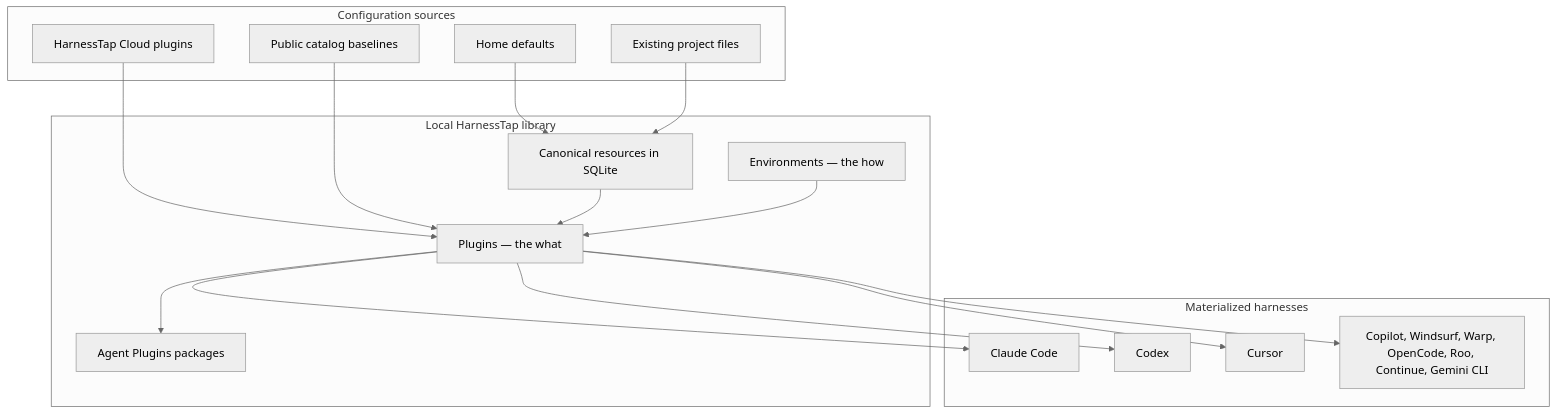
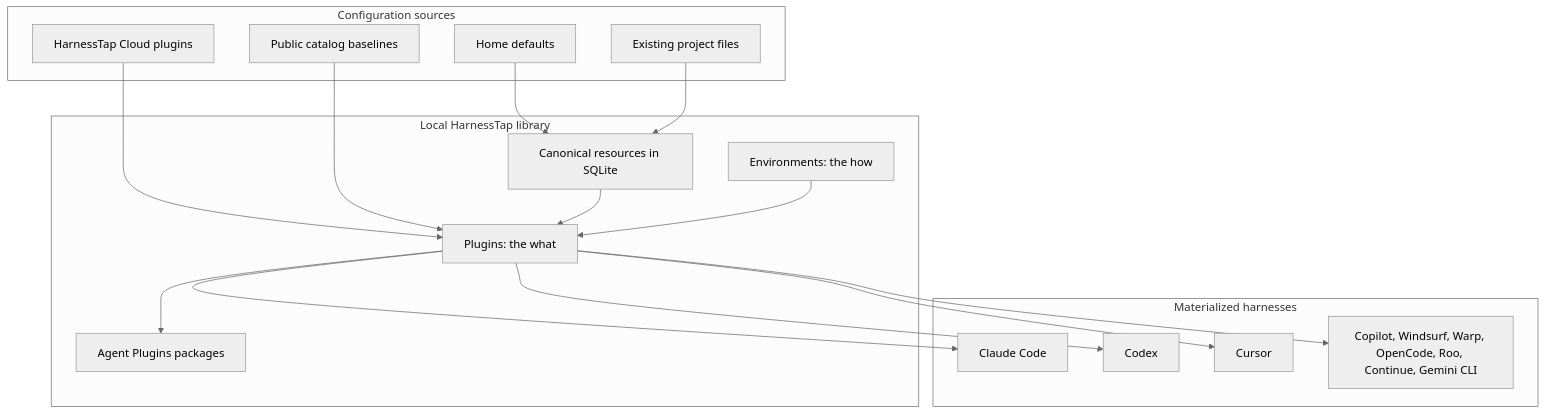
One commit to harnesstap/harnesstap changed the first of 3 diagrams in docs/cli/concepts/overview.md. Above: the diagram before and after it, drawn with Mermaid (neutral theme). The commit also changed other lines of this file and 184 other files, not shown here.

````diff
--- a/docs/cli/concepts/overview.md
+++ b/docs/cli/concepts/overview.md
@@ -13,35 +13,35 @@
 ```mermaid
 flowchart TB
   subgraph Sources[Configuration sources]
     Home[Home defaults]
     Repo[Existing project files]
     Cloud[HarnessTap Cloud plugins]
     BuiltIn[Public catalog baselines]
   end
 
   subgraph Library[Local HarnessTap library]
     Resources[Canonical resources in SQLite]
-    Plugins[Plugins — the what]
-    Envs[Environments — the how]
+    Plugins[Plugins: the what]
+    Envs[Environments: the how]
     Packages[Agent Plugins packages]
   end
 
   subgraph Targets[Materialized harnesses]
     Claude[Claude Code]
     Codex[Codex]
     Cursor[Cursor]
     Generic[Copilot, Windsurf, Warp, OpenCode, Roo, Continue, Gemini CLI]
   end
 
   Home --> Resources
   Repo --> Resources
   Cloud --> Plugins
   BuiltIn --> Plugins
   Resources --> Plugins
   Envs --> Plugins
   Plugins --> Packages
   Plugins --> Claude
   Plugins --> Codex
   Plugins --> Cursor
   Plugins --> Generic
 ```
````
